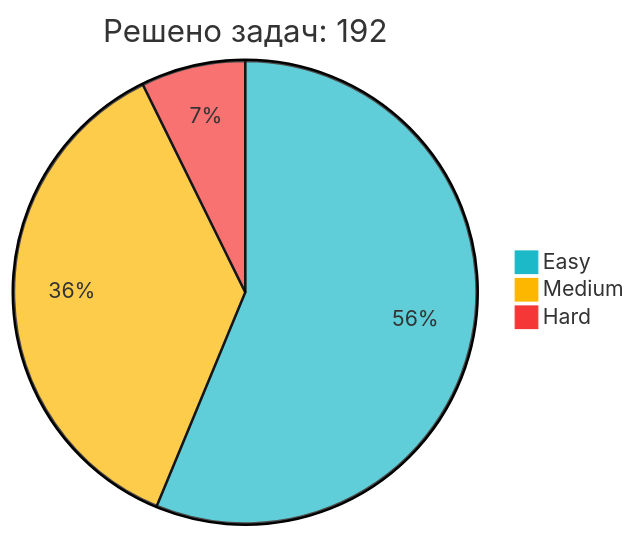
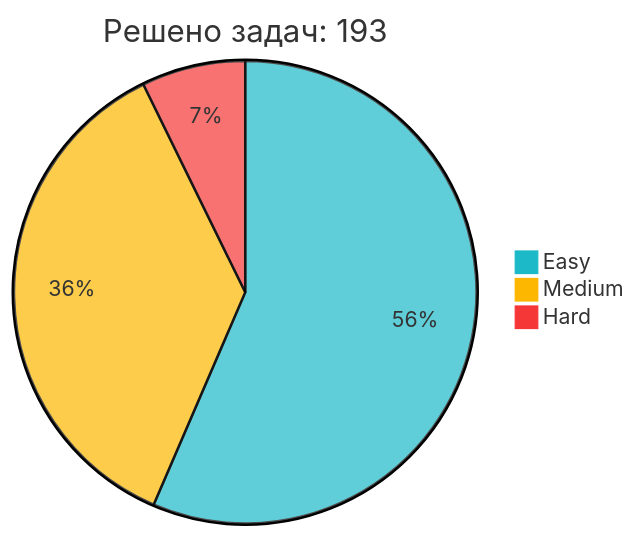
Before and after one commit to IliaKurdukov/IliaKurdukov: the diagram in README.md, drawn with Mermaid. The commit also changed other lines of this file, not shown here.

Commit message:
📈 Обновление статистики LeetCode

````diff
--- a/README.md
+++ b/README.md
@@ -51,7 +51,7 @@
 ```mermaid
 %%{init: {'theme': 'base', 'themeVariables': { 'pie1': '#1CBAC8', 'pie2': '#FEB700', 'pie3': '#F63737' }, 'config': {'width': 300, 'height': 200}}}%%
-pie title Решено задач: 192
-   "Easy" : 108
+pie title Решено задач: 193
+   "Easy" : 109
    "Medium" : 70
    "Hard" : 14
 ```
````
